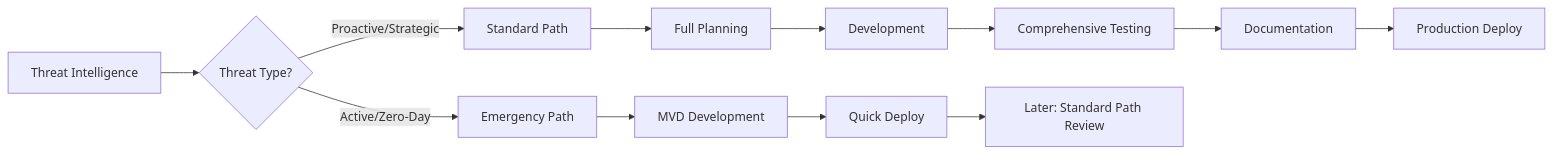
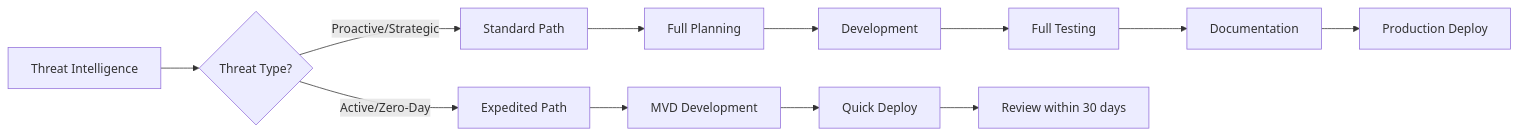
Before and after one commit to Ke0xes/Detection-Engineering-Framework: the diagram in from-theory-to-practice.md, drawn with Mermaid. The commit also changed other lines of this file and 45 other files, not shown here.

````diff
--- a/from-theory-to-practice.md
+++ b/from-theory-to-practice.md
@@ -49,18 +45,16 @@
 ```mermaid
 graph LR
     A[Threat Intelligence] --> B{Threat Type?}
     B -->|Proactive/Strategic| C[Standard Path]
-    B -->|Active/Zero-Day| D[Emergency Path]
-    
+    B -->|Active/Zero-Day| D[Expedited Path]
+
     C --> E[Full Planning]
     E --> F[Development]
-    F --> G[Comprehensive Testing]
+    F --> G[Full Testing]
     G --> H[Documentation]
     H --> I[Production Deploy]
-    
+
     D --> J[MVD Development]
     J --> K[Quick Deploy]
-    K --> L[Later: Standard Path Review]
-    
-    
+    K --> L[Review within 30 days]
 ```
````
